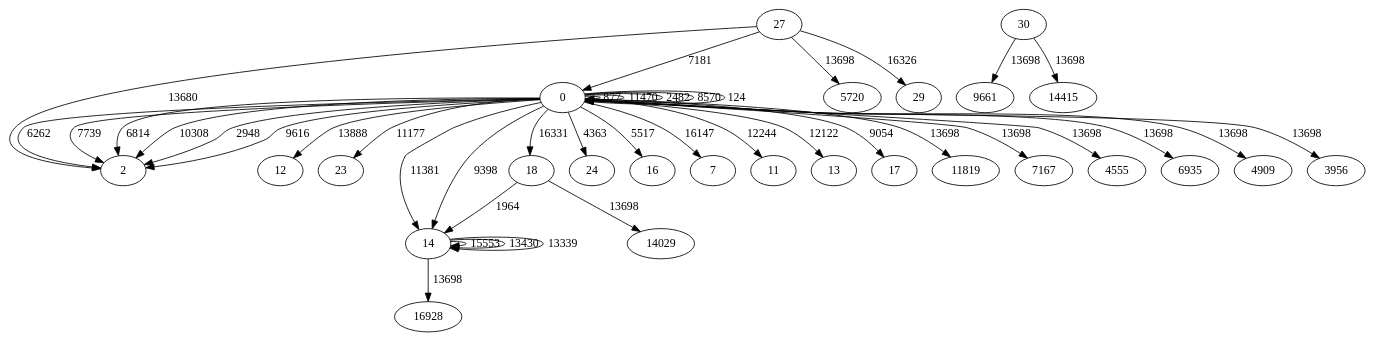
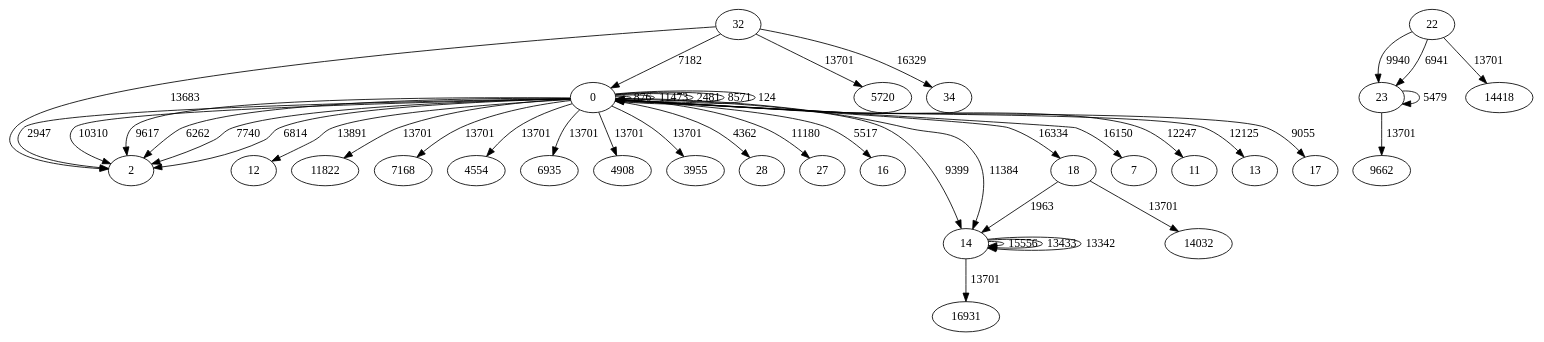
One commit to mhoangvslev/F-RDFQuotient changed the diagram in resources/rdf-nt-files/model-03_17.nt.dot. Above: the diagram before and after it, drawn with Graphviz. The commit also changed 3 other files, not shown here.

```diff
--- a/resources/rdf-nt-files/model-03_17.nt.dot
+++ b/resources/rdf-nt-files/model-03_17.nt.dot
@@ -1,42 +1,45 @@
 digraph g{
-0 -> 12 [label="13888"];
-0 -> 11819 [label="13698"];
-0 -> 7167 [label="13698"];
-0 -> 4555 [label="13698"];
-0 -> 6935 [label="13698"];
-0 -> 4909 [label="13698"];
-0 -> 3956 [label="13698"];
-0 -> 2 [label="10308"];
-0 -> 2 [label="2948"];
-0 -> 23 [label="11177"];
-0 -> 18 [label="16331"];
-0 -> 24 [label="4363"];
+0 -> 2 [label="2947"];
+0 -> 12 [label="13891"];
+0 -> 11822 [label="13701"];
+0 -> 7168 [label="13701"];
+0 -> 4554 [label="13701"];
+0 -> 6935 [label="13701"];
+0 -> 4908 [label="13701"];
+0 -> 3955 [label="13701"];
+0 -> 2 [label="10310"];
+0 -> 28 [label="4362"];
+0 -> 0 [label="876"];
+0 -> 27 [label="11180"];
 0 -> 16 [label="5517"];
-0 -> 0 [label="877"];
-0 -> 0 [label="11470"];
-0 -> 2 [label="9616"];
-0 -> 0 [label="2482"];
-0 -> 7 [label="16147"];
-0 -> 11 [label="12244"];
-0 -> 14 [label="11381"];
+0 -> 18 [label="16334"];
+0 -> 0 [label="11473"];
+0 -> 2 [label="9617"];
+0 -> 0 [label="2481"];
+0 -> 7 [label="16150"];
 0 -> 2 [label="6262"];
-0 -> 14 [label="9398"];
-0 -> 0 [label="8570"];
-0 -> 13 [label="12122"];
-0 -> 2 [label="7739"];
+0 -> 11 [label="12247"];
+0 -> 14 [label="9399"];
+0 -> 14 [label="11384"];
+0 -> 0 [label="8571"];
+0 -> 2 [label="7740"];
 0 -> 0 [label="124"];
-0 -> 17 [label="9054"];
+0 -> 13 [label="12125"];
 0 -> 2 [label="6814"];
-18 -> 14029 [label="13698"];
-18 -> 14 [label="1964"];
-27 -> 2 [label="13680"];
-27 -> 5720 [label="13698"];
-27 -> 29 [label="16326"];
-27 -> 0 [label="7181"];
-14 -> 14 [label="15553"];
-14 -> 16928 [label="13698"];
-14 -> 14 [label="13430"];
-14 -> 14 [label="13339"];
-30 -> 9661 [label="13698"];
-30 -> 14415 [label="13698"];
+0 -> 17 [label="9055"];
+32 -> 2 [label="13683"];
+32 -> 5720 [label="13701"];
+32 -> 34 [label="16329"];
+32 -> 0 [label="7182"];
+18 -> 14032 [label="13701"];
+18 -> 14 [label="1963"];
+22 -> 23 [label="9940"];
+22 -> 14418 [label="13701"];
+22 -> 23 [label="6941"];
+23 -> 9662 [label="13701"];
+23 -> 23 [label="5479"];
+14 -> 14 [label="15556"];
+14 -> 16931 [label="13701"];
+14 -> 14 [label="13433"];
+14 -> 14 [label="13342"];
 }
```
